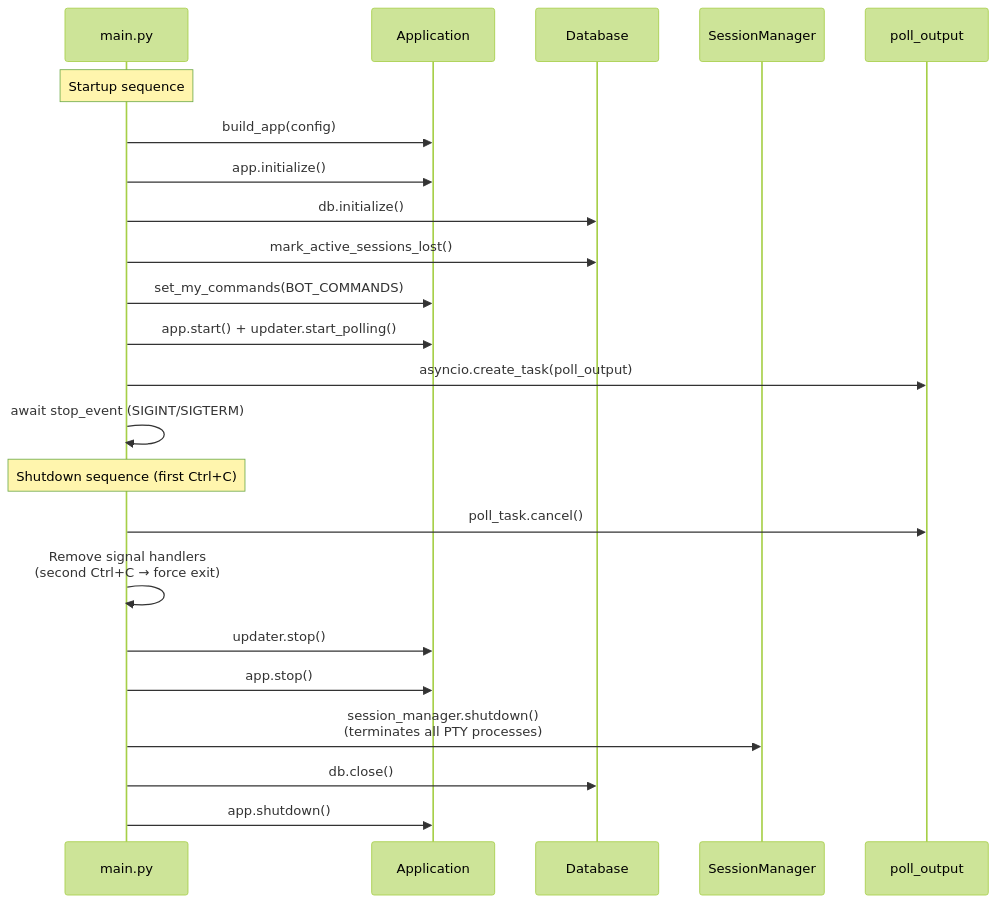
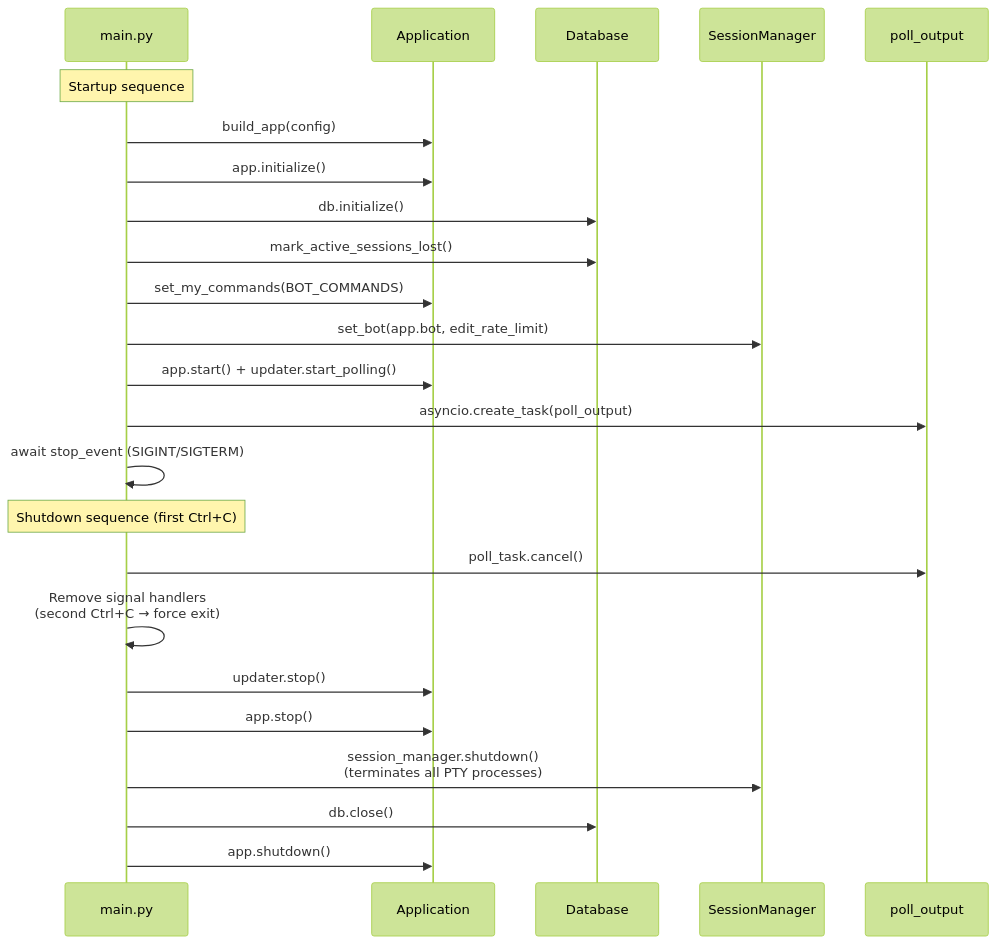
One commit to LounisBou/claude-code-telegram-instances-manager changed the fifth of 5 diagrams in docs/architecture.md. Above: the diagram before and after it, drawn with Mermaid (forest theme). The commit also changed other lines of this file and 1 other file, not shown here.

Commit message:
docs: update architecture.md and index.md for pipeline unification

````diff
--- a/docs/architecture.md
+++ b/docs/architecture.md
@@ -259,27 +353,28 @@
 ```mermaid
 sequenceDiagram
     participant M as main.py
     participant A as Application
     participant DB as Database
     participant SM as SessionManager
     participant PO as poll_output
 
     Note over M: Startup sequence
     M->>A: build_app(config)
     M->>A: app.initialize()
     M->>DB: db.initialize()
     M->>DB: mark_active_sessions_lost()
     M->>A: set_my_commands(BOT_COMMANDS)
+    M->>SM: set_bot(app.bot, edit_rate_limit)
     M->>A: app.start() + updater.start_polling()
     M->>PO: asyncio.create_task(poll_output)
     M->>M: await stop_event (SIGINT/SIGTERM)
 
     Note over M: Shutdown sequence (first Ctrl+C)
     M->>PO: poll_task.cancel()
     M->>M: Remove signal handlers<br/>(second Ctrl+C → force exit)
     M->>A: updater.stop()
     M->>A: app.stop()
     M->>SM: session_manager.shutdown()<br/>(terminates all PTY processes)
     M->>DB: db.close()
     M->>A: app.shutdown()
 ```
````
